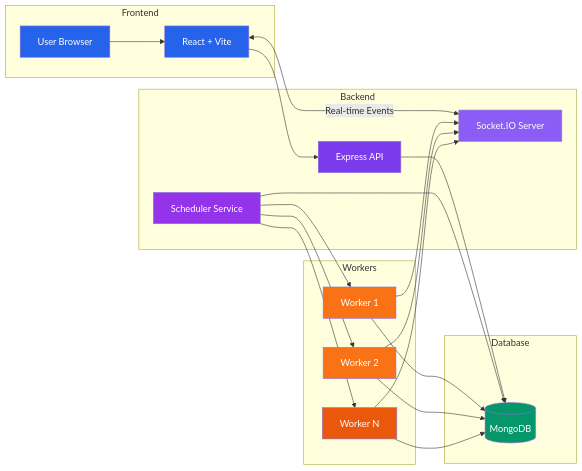
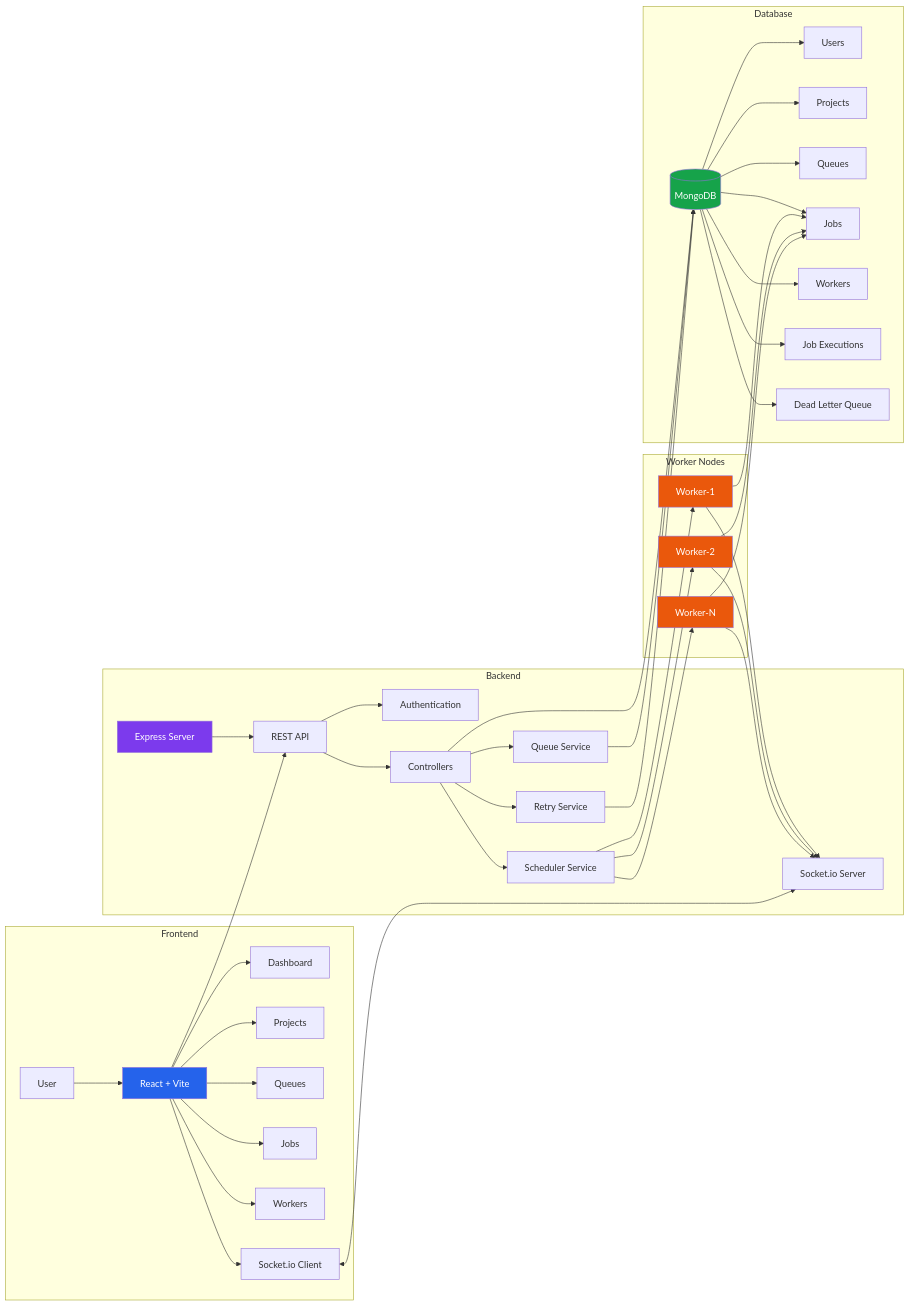
The diagram in README.md (Nikita-Saxena391/SmartScheduler-Distributed-Job-Scheduler), drawn with Mermaid before and after one commit. The commit also changed other lines of this file, not shown here.

````diff
--- a/README.md
+++ b/README.md
@@ -31,61 +31,100 @@
 ```mermaid
 flowchart LR
 
-%% ===== FRONTEND =====
+%% ================= FRONTEND =================
 subgraph Frontend
-A[User Browser]
+A[User]
 B[React + Vite]
+C[Dashboard]
+D[Projects]
+E[Queues]
+F[Jobs]
+G[Workers]
+H[Socket.io Client]
+
 A --> B
+B --> C
+B --> D
+B --> E
+B --> F
+B --> G
+B --> H
 end
 
-%% ===== BACKEND =====
+%% ================= BACKEND =================
 subgraph Backend
-C[Express API]
-D[Socket.IO Server]
-E[Scheduler Service]
+I[Express Server]
+J[REST API]
+K[Authentication]
+L[Controllers]
+M[Scheduler Service]
+N[Queue Service]
+O[Retry Service]
+P[Socket.io Server]
+
+I --> J
+J --> K
+J --> L
+
+L --> M
+L --> N
+L --> O
 end
 
-%% ===== WORKERS =====
-subgraph Workers
-F[Worker 1]
-G[Worker 2]
-H[Worker N]
+%% ================= DATABASE =================
+subgraph Database
+Q[(MongoDB)]
+
+R[Users]
+S[Projects]
+T[Queues]
+U[Jobs]
+V[Workers]
+W[Job Executions]
+X[Dead Letter Queue]
+
+Q --> R
+Q --> S
+Q --> T
+Q --> U
+Q --> V
+Q --> W
+Q --> X
 end
 
-%% ===== DATABASE =====
-subgraph Database
-I[(MongoDB)]
+%% ================= WORKERS =================
+subgraph Worker Nodes
+Y[Worker-1]
+Z[Worker-2]
+AA[Worker-N]
+
+Y --> U
+Z --> U
+AA --> U
+
+Y --> P
+Z --> P
+AA --> P
 end
 
-%% ===== FLOW =====
-B --> C
-B <-->|Real-time Events| D
+%% ================= CONNECTIONS =================
 
-C --> I
-E --> I
+B --> J
+H <---> P
 
-E --> F
-E --> G
-E --> H
+L --> Q
 
-F --> I
-G --> I
-H --> I
+M --> Y
+M --> Z
+M --> AA
 
-F --> D
-G --> D
-H --> D
+N --> Q
+O --> Q
 
-style A fill:#2563eb,color:#fff
 style B fill:#2563eb,color:#fff
-
-style C fill:#7c3aed,color:#fff
-style D fill:#8b5cf6,color:#fff
-style E fill:#9333ea,color:#fff
-
-style I fill:#059669,color:#fff
-
-style F fill:#f97316,color:#fff
-style G fill:#f97316,color:#fff
-style H fill:#ea580c,color:#fff
+style I fill:#7c3aed,color:#fff
+style Q fill:#16a34a,color:#fff
+style Y fill:#ea580c,color:#fff
+style Z fill:#ea580c,color:#fff
+style AA fill:#ea580c,color:#fff
 ```
````
